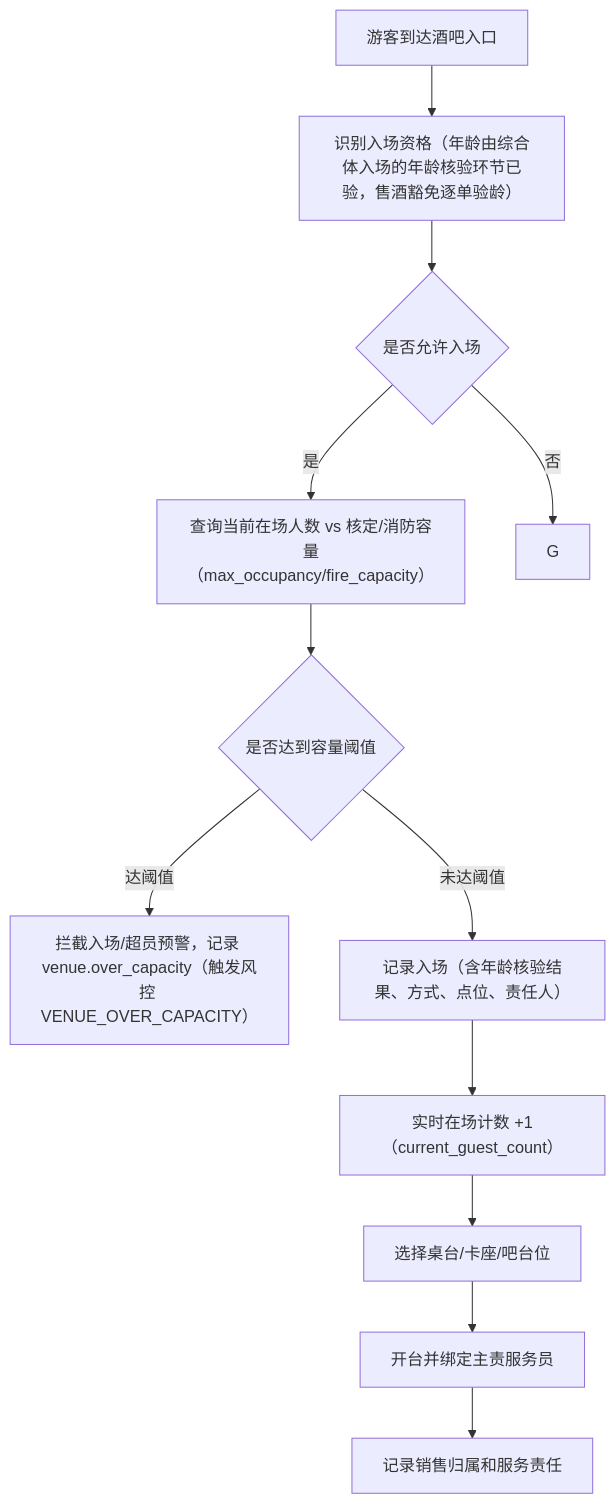
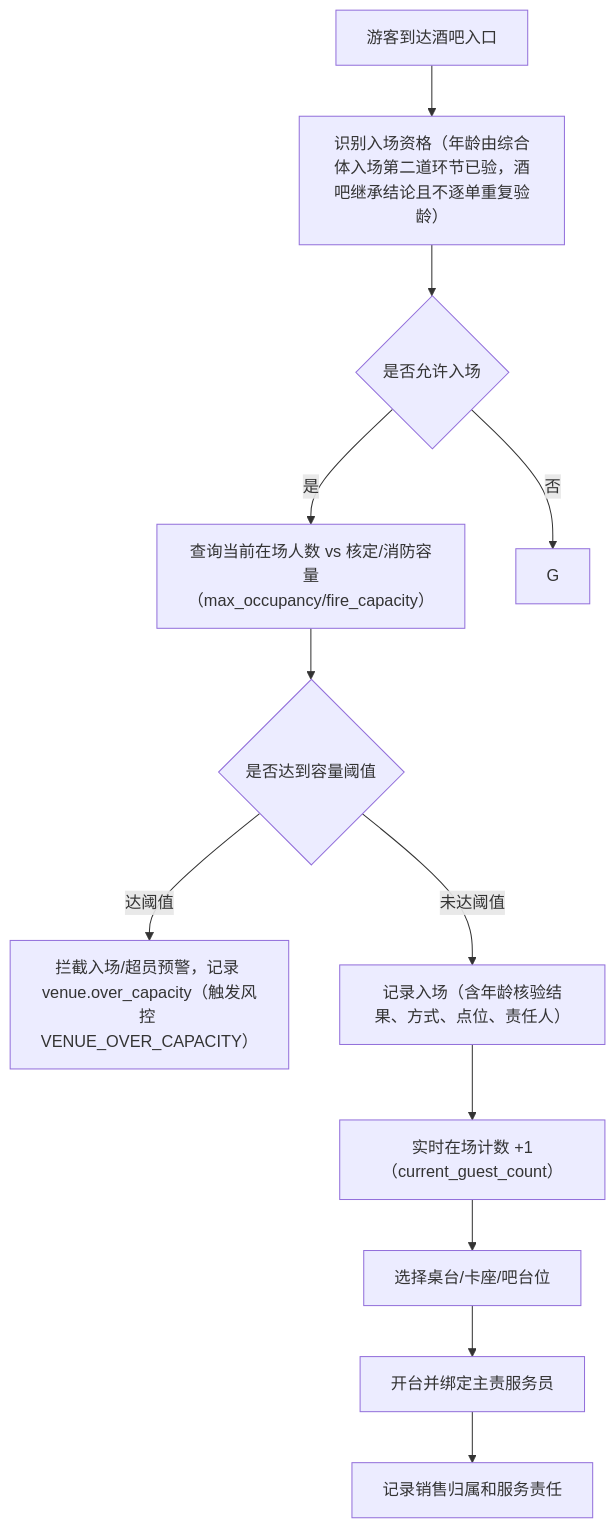
Before and after one commit to jxh1979/mall: the first of 6 diagrams in docs/bar-business-operations-product-prd-v0.1.md, drawn with Mermaid. The commit also changed other lines of this file and 8 other files, not shown here.

````diff
--- a/docs/bar-business-operations-product-prd-v0.1.md
+++ b/docs/bar-business-operations-product-prd-v0.1.md
@@ -176,14 +179,14 @@
 ```mermaid
 flowchart TD
-  A["游客到达酒吧入口"] --> B["识别入场资格（年龄由综合体入场的年龄核验环节已验，售酒豁免逐单验龄）"]
+  A["游客到达酒吧入口"] --> B["识别入场资格（年龄由综合体入场第二道环节已验，酒吧继承结论且不逐单重复验龄）"]
   B --> C{"是否允许入场"}
   C -- 是 --> C1["查询当前在场人数 vs 核定/消防容量（max_occupancy/fire_capacity）"]
   C1 --> C2{"是否达到容量阈值"}
   C2 -- 达阈值 --> G2["拦截入场/超员预警，记录 venue.over_capacity（触发风控 VENUE_OVER_CAPACITY）"]
   C2 -- 未达阈值 --> D["记录入场（含年龄核验结果、方式、点位、责任人）"]
   D --> D0["实时在场计数 +1（current_guest_count）"]
   D0 --> E["选择桌台/卡座/吧台位"]
   E --> F["开台并绑定主责服务员"]
   F --> F1["记录销售归属和服务责任"]
   C -- 否 --> G
 ```
````
